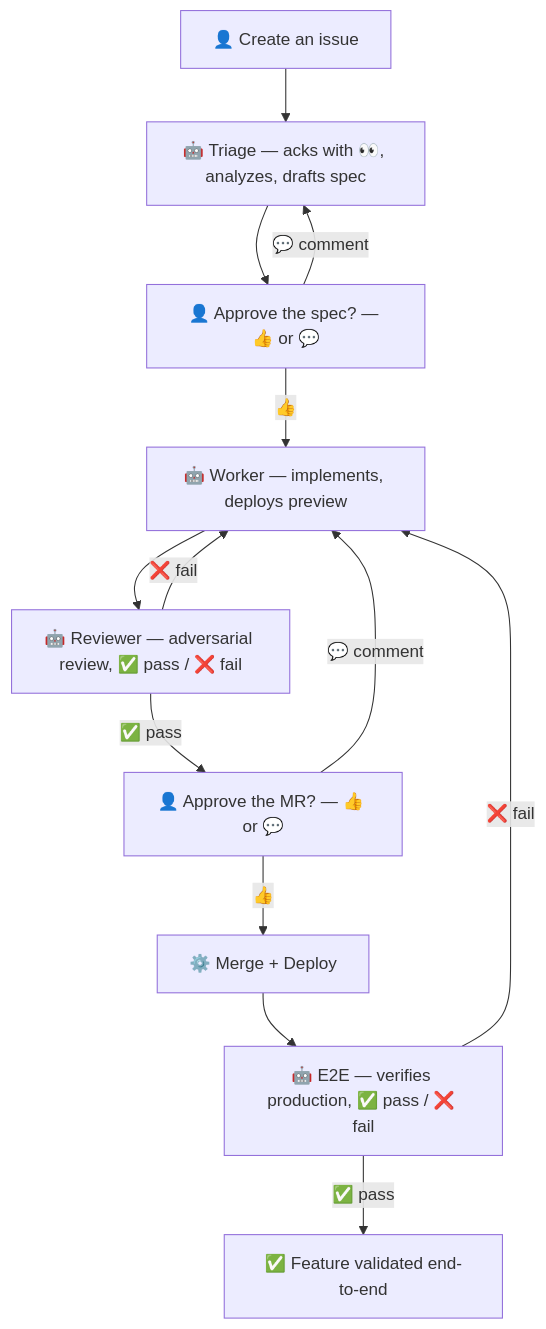
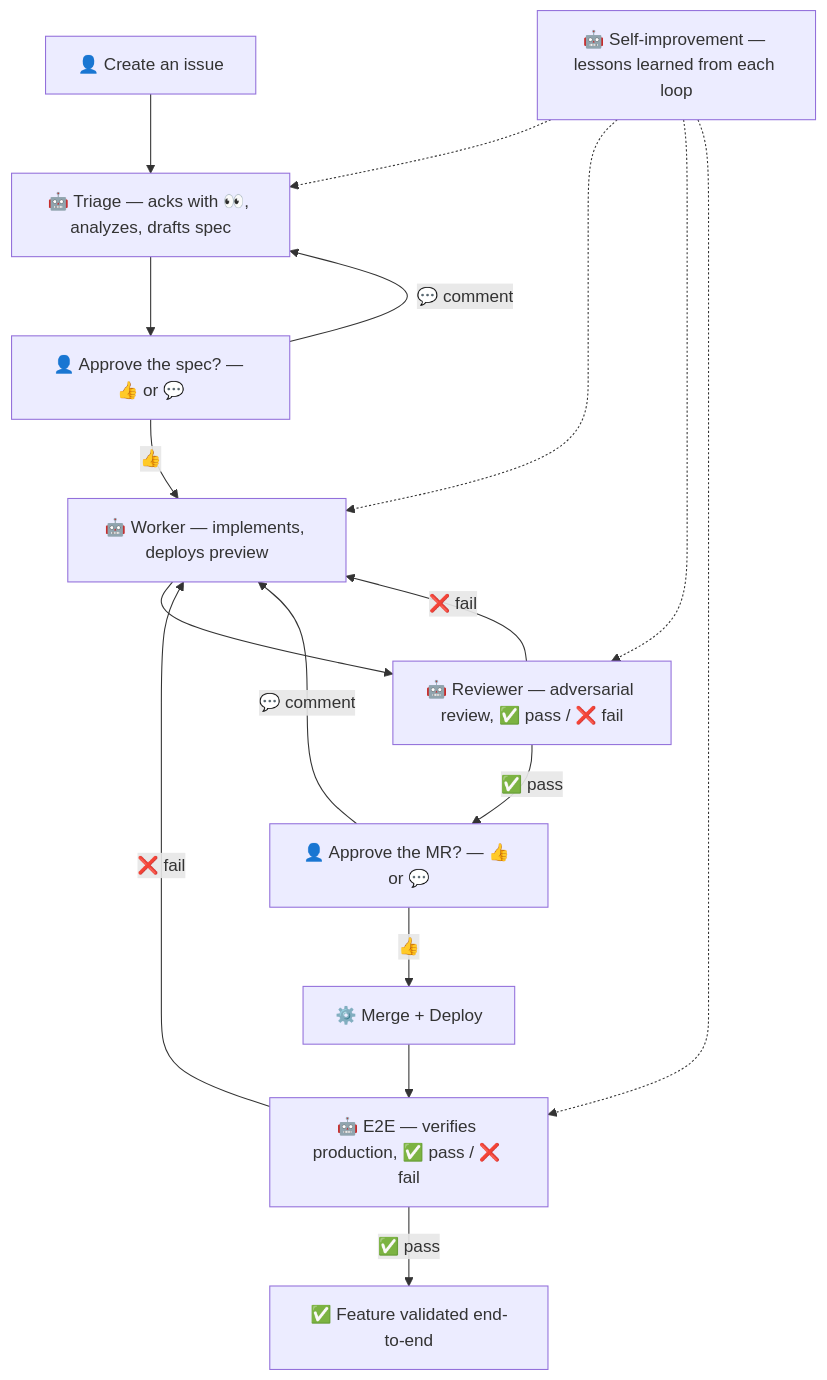
The diagram in README.md (ankaboot-source/boucle), drawn with Mermaid before and after one commit. The commit also changed 1 other file, not shown here.

Commit message:
docs: add Self-improvement feedback node to pipeline diagram
The pipeline Mermaid diagram was missing the lessons-learned step.
Add a robot-style 'Self-improvement' node (lessons learned from each
loop) with dashed arrows to each of the 4 agents (Triage, Worker,
Reviewer, E2E), in both README.md and ARCHITECTURE.md (kept in sync).

````diff
--- a/README.md
+++ b/README.md
@@ -194,15 +194,20 @@
 ```mermaid
 flowchart TD
     H1["👤 Create an issue"] --> T["🤖 Triage — acks with 👀, analyzes, drafts spec"]
     T --> H2["👤 Approve the spec? — 👍 or 💬"]
     H2 -->|"👍"| W["🤖 Worker — implements, deploys preview"]
     H2 -->|"💬 comment"| T
     W --> R["🤖 Reviewer — adversarial review, ✅ pass / ❌ fail"]
     R -->|"✅ pass"| H3["👤 Approve the MR? — 👍 or 💬"]
     R -->|"❌ fail"| W
     H3 -->|"👍"| M["⚙️ Merge + Deploy"]
     H3 -->|"💬 comment"| W
     M --> E["🤖 E2E — verifies production, ✅ pass / ❌ fail"]
     E -->|"✅ pass"| D["✅ Feature validated end-to-end"]
     E -->|"❌ fail"| W
+    L["🤖 Self-improvement — lessons learned from each loop"]
+    L -.-> T
+    L -.-> W
+    L -.-> R
+    L -.-> E
 ```
````
